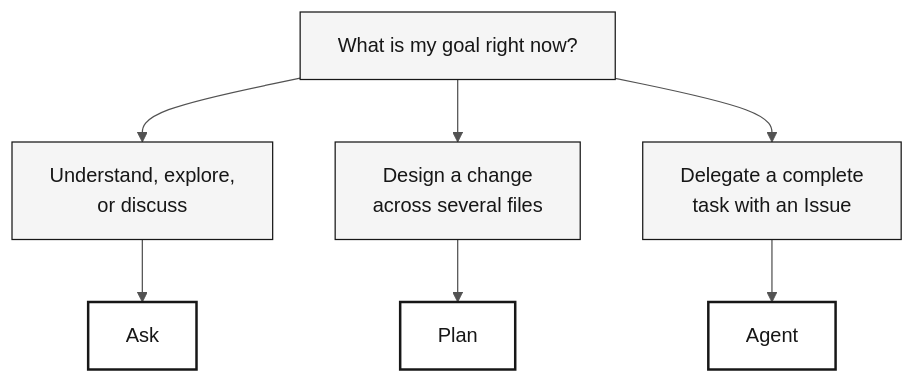
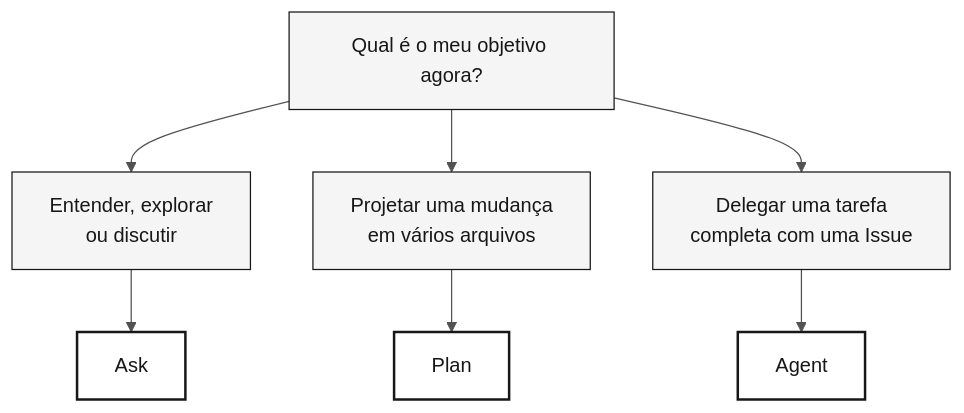
Before and after one commit to paulasilvatech/datacorp-sifap-team-kit-pt-br: the diagram in 09-cheat-sheets/copilot-3-modes.md, drawn with Mermaid. The commit also changed other lines of this file and 361 other files, not shown here.

````diff
--- a/09-cheat-sheets/copilot-3-modes.md
+++ b/09-cheat-sheets/copilot-3-modes.md
@@ -48,15 +48,15 @@
 ```mermaid
 %%{init: {'theme':'neutral','themeVariables':{'fontFamily':'ui-sans-serif, system-ui, sans-serif','primaryColor':'#F5F5F5','primaryTextColor':'#171717','primaryBorderColor':'#171717','lineColor':'#525252','secondaryColor':'#FFFFFF','tertiaryColor':'#FAFAFA','background':'#FFFFFF'}}}%%
 flowchart TD
     classDef step fill:#F5F5F5,stroke:#171717,color:#171717
     classDef result fill:#FFFFFF,stroke:#171717,color:#171717,stroke-width:2px
 
-    Q["What is my goal right now?"]:::step
-    Q --> E["Understand, explore,<br/>or discuss"]:::step
-    Q --> D["Design a change<br/>across several files"]:::step
-    Q --> G["Delegate a complete<br/>task with an Issue"]:::step
+    Q["Qual é o meu objetivo agora?"]:::step
+    Q --> E["Entender, explorar<br/>ou discutir"]:::step
+    Q --> D["Projetar uma mudança<br/>em vários arquivos"]:::step
+    Q --> G["Delegar uma tarefa<br/>completa com uma Issue"]:::step
 
     E --> Ask["Ask"]:::result
     D --> Plan["Plan"]:::result
     G --> Agent["Agent"]:::result
 ```
````
